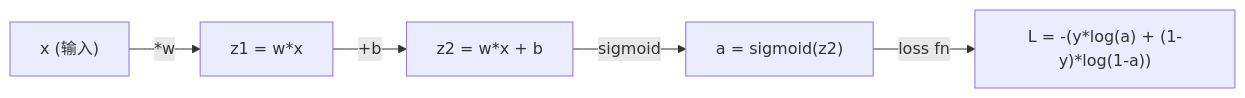
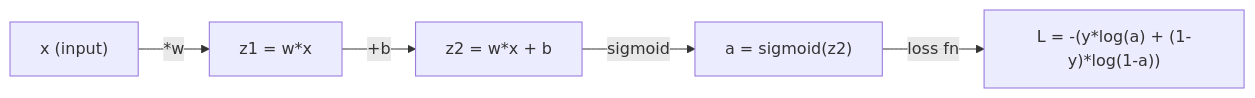
Before and after one commit to xiaojiaenen/ai-engineering-from-scratch-zh: the first of 4 diagrams in i18n/zh/phases/01-math-foundations/04-calculus-for-ml/docs/zh.md, drawn with Mermaid. The commit also changed other lines of this file and 22 other files, not shown here.

````diff
--- a/i18n/zh/phases/01-math-foundations/04-calculus-for-ml/docs/zh.md
+++ b/i18n/zh/phases/01-math-foundations/04-calculus-for-ml/docs/zh.md
@@ -330,7 +330,7 @@
 ```mermaid
 graph LR
-    x["x (输入)"] -->|"*w"| z1["z1 = w*x"]
+    x["x (input)"] -->|"*w"| z1["z1 = w*x"]
     z1 -->|"+b"| z2["z2 = w*x + b"]
     z2 -->|"sigmoid"| a["a = sigmoid(z2)"]
     a -->|"loss fn"| L["L = -(y*log(a) + (1-y)*log(1-a))"]
 ```
````
